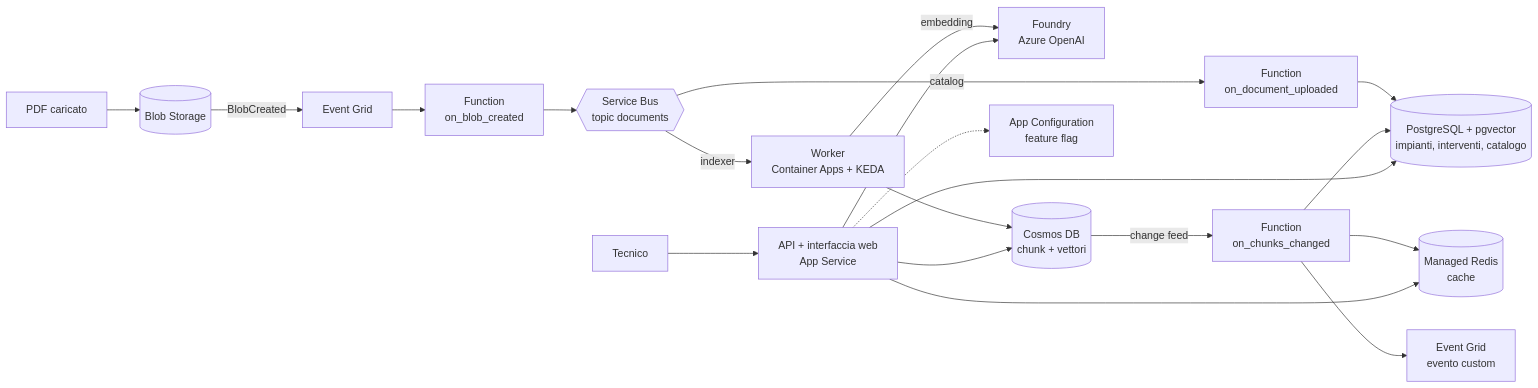
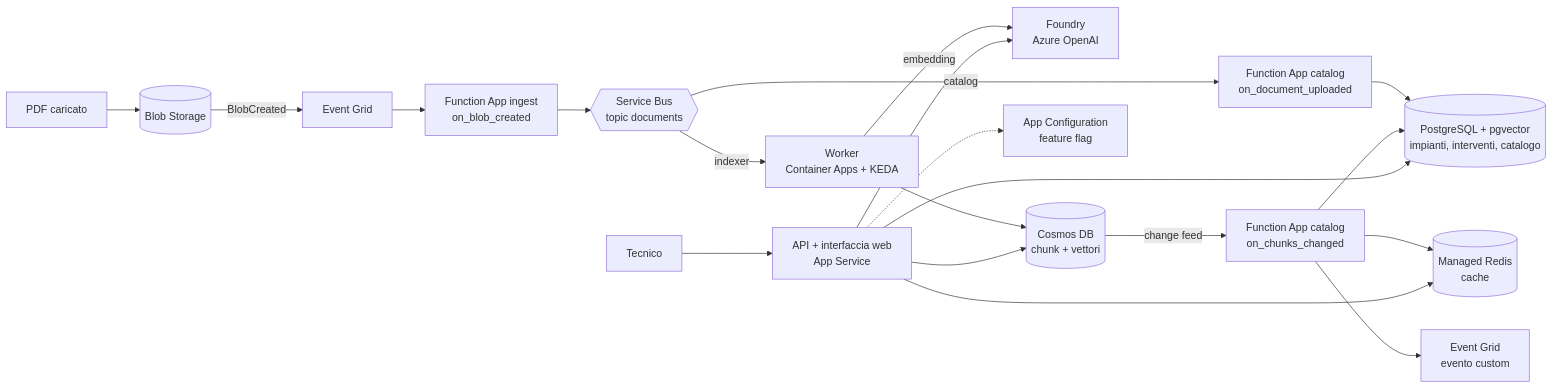
Before and after one commit to niko-olas/Regdoc: the diagram in README.md, drawn with Mermaid. The commit also changed other lines of this file and 40 other files, not shown here.

First line of the commit message:
F1-F3: due Function App (ingest e catalog) con identità separate

````diff
--- a/README.md
+++ b/README.md
@@ -31,23 +31,23 @@
 ```mermaid
 flowchart LR
     PDF[PDF caricato] --> BLOB[(Blob Storage)]
     BLOB -- BlobCreated --> EG[Event Grid]
-    EG --> F1[Function<br/>on_blob_created]
+    EG --> F1[Function App ingest<br/>on_blob_created]
     F1 --> SB{{Service Bus<br/>topic documents}}
     SB -- indexer --> W[Worker<br/>Container Apps + KEDA]
-    SB -- catalog --> F2[Function<br/>on_document_uploaded]
+    SB -- catalog --> F2[Function App catalog<br/>on_document_uploaded]
     W -- embedding --> AI[Foundry<br/>Azure OpenAI]
     W --> COSMOS[(Cosmos DB<br/>chunk + vettori)]
     F2 --> PG[(PostgreSQL + pgvector<br/>impianti, interventi, catalogo)]
-    COSMOS -- change feed --> F3[Function<br/>on_chunks_changed]
+    COSMOS -- change feed --> F3[Function App catalog<br/>on_chunks_changed]
     F3 --> PG
     F3 --> REDIS[(Managed Redis<br/>cache)]
     F3 --> EGC[Event Grid<br/>evento custom]
 
     TECH[Tecnico] --> API[API + interfaccia web<br/>App Service]
     API --> PG
     API --> COSMOS
     API --> AI
     API --> REDIS
     API -.-> APPCS[App Configuration<br/>feature flag]
 ```
````
